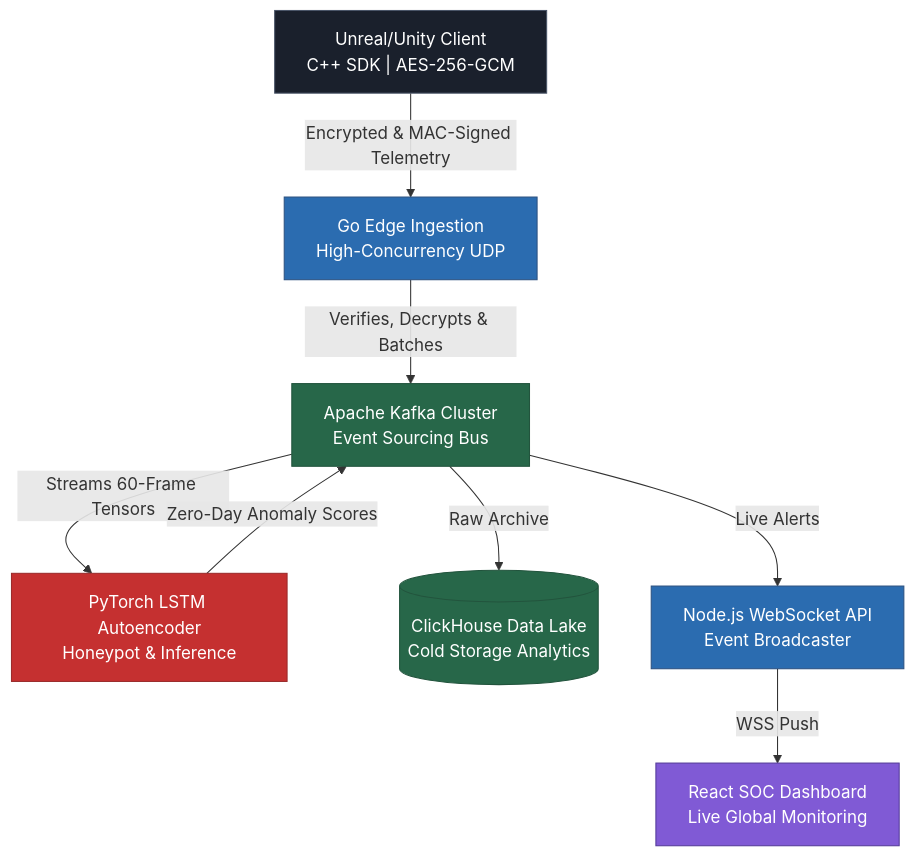
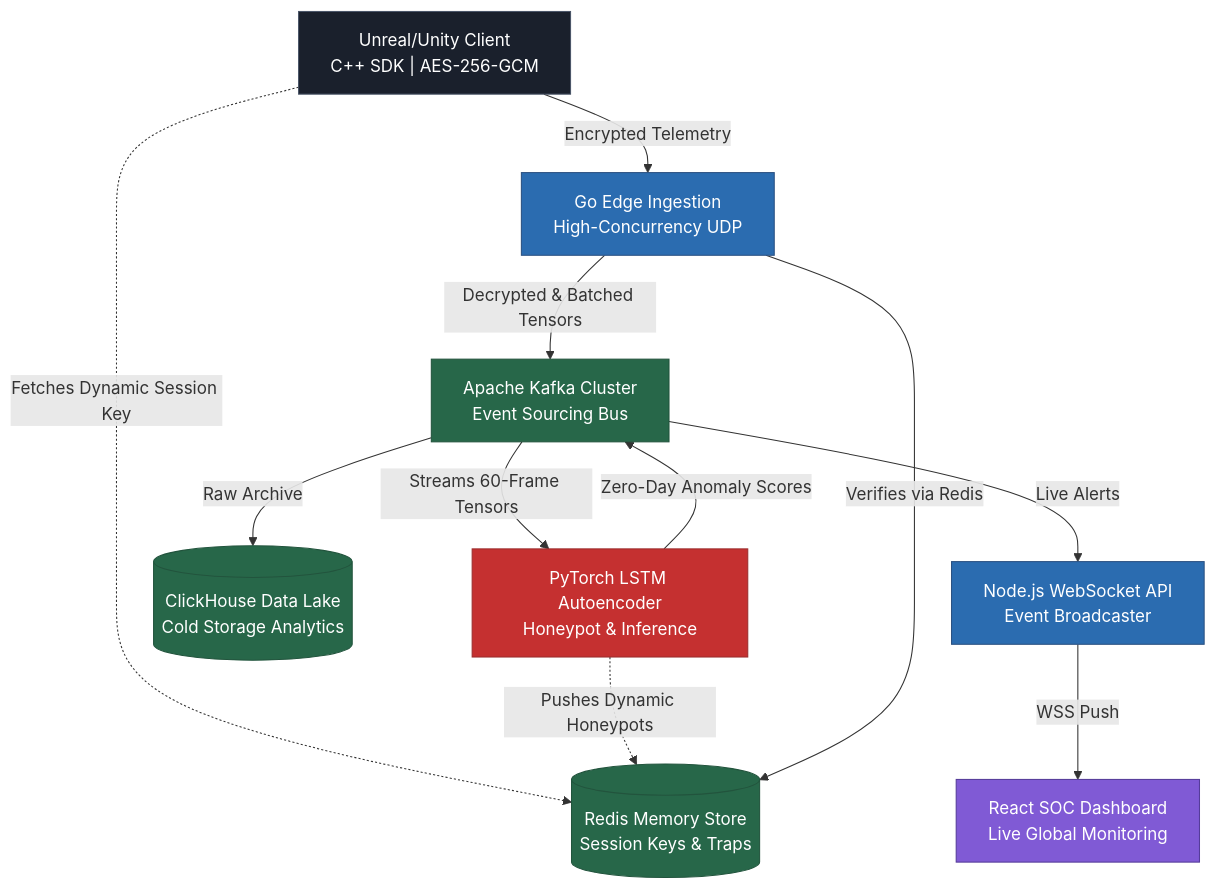
The diagram in README.md (Vishwajeet2005/SentinelX), drawn with Mermaid before and after one commit. The commit also changed other lines of this file, not shown here.

Commit message:
Update README with Enterprise formatting and Redis topography

````diff
--- a/README.md
+++ b/README.md
@@ -60,27 +64,31 @@
 ```mermaid
 graph TD
     %% Define Styles
     classDef client fill:#1A202C,stroke:#4A5568,color:#fff
     classDef ingest fill:#2B6CB0,stroke:#2C5282,color:#fff
     classDef ml fill:#C53030,stroke:#9B2C2C,color:#fff
     classDef data fill:#276749,stroke:#22543D,color:#fff
     classDef ui fill:#805AD5,stroke:#553C9A,color:#fff
 
     %% Nodes
     Client["Unreal/Unity Client<br/>C++ SDK | AES-256-GCM"]:::client
     Edge["Go Edge Ingestion<br/>High-Concurrency UDP"]:::ingest
     Kafka["Apache Kafka Cluster<br/>Event Sourcing Bus"]:::data
+    Redis[("Redis Memory Store<br/>Session Keys & Traps")]:::data
     ML["PyTorch LSTM Autoencoder<br/>Honeypot & Inference"]:::ml
     CH[("ClickHouse Data Lake<br/>Cold Storage Analytics")]:::data
     API["Node.js WebSocket API<br/>Event Broadcaster"]:::ingest
     React["React SOC Dashboard<br/>Live Global Monitoring"]:::ui
 
     %% Edges
-    Client -- "Encrypted & MAC-Signed Telemetry" --> Edge
-    Edge -- "Verifies, Decrypts & Batches" --> Kafka
+    Client -- "Encrypted Telemetry" --> Edge
+    Client -. "Fetches Dynamic Session Key" .-> Redis
+    ML -. "Pushes Dynamic Honeypots" .-> Redis
+    Edge -- "Verifies via Redis" --> Redis
+    Edge -- "Decrypted & Batched Tensors" --> Kafka
     Kafka -- "Streams 60-Frame Tensors" --> ML
     ML -- "Zero-Day Anomaly Scores" --> Kafka
     Kafka -- "Raw Archive" --> CH
     Kafka -- "Live Alerts" --> API
     API -- "WSS Push" --> React
 ```
````
